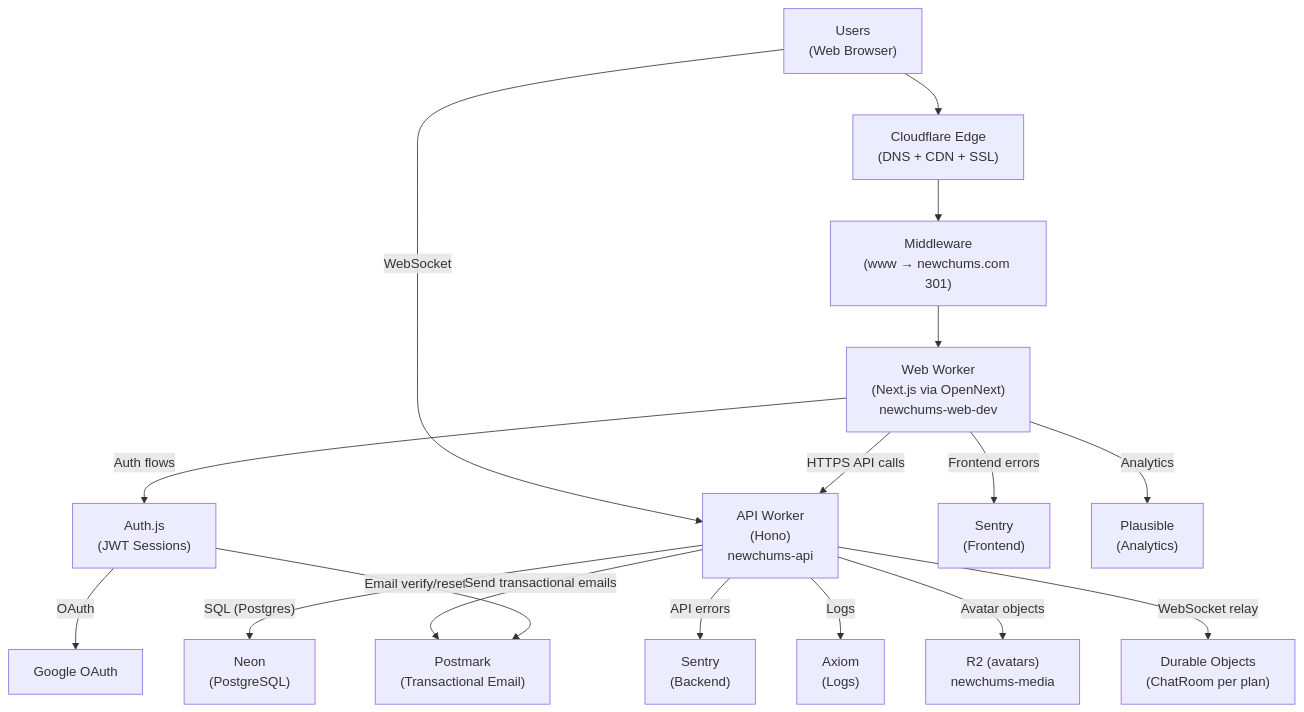
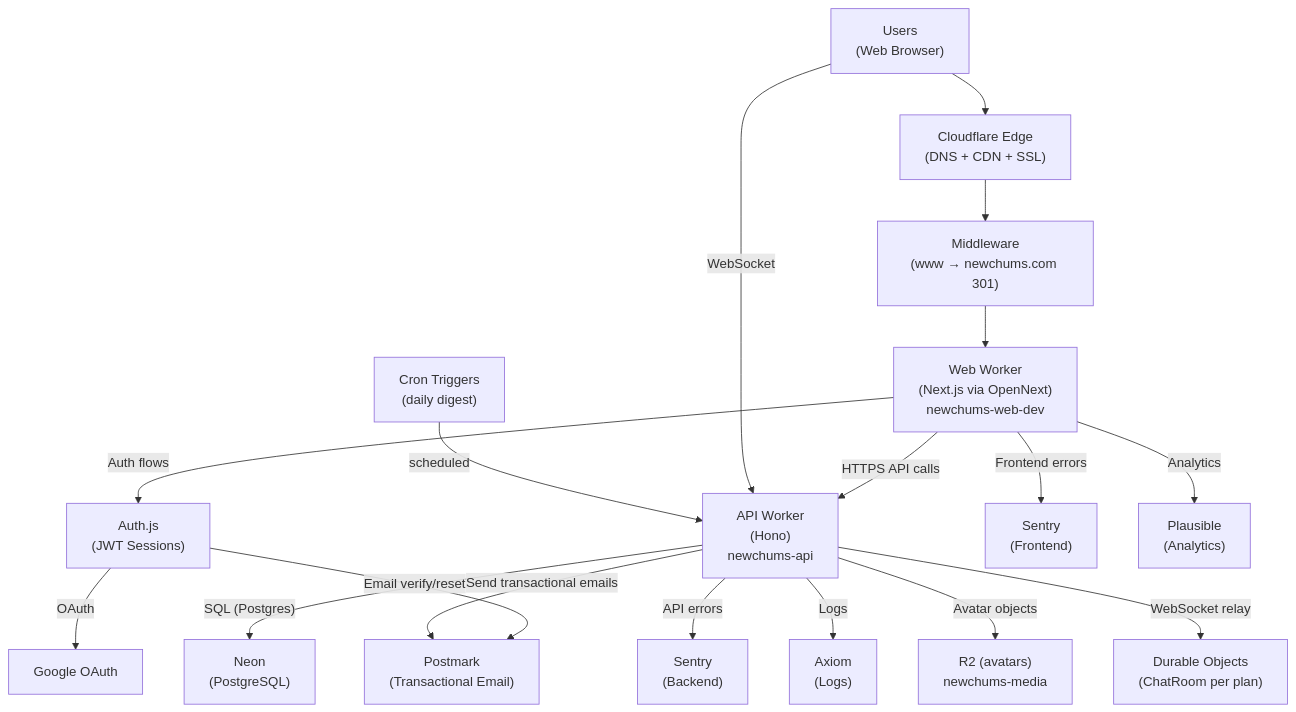
One commit to RSS705/newchums changed the first of 4 diagrams in docs/System_Map.md. Above: the diagram before and after it, drawn with Mermaid. The commit also changed other lines of this file and 19 other files, not shown here.

````diff
--- a/docs/System_Map.md
+++ b/docs/System_Map.md
@@ -27,23 +27,24 @@
 ```mermaid
 flowchart TB
   U["Users<br/>(Web Browser)"] --> CF["Cloudflare Edge<br/>(DNS + CDN + SSL)"]
   CF --> MW["Middleware<br/>(www → newchums.com 301)"]
   MW --> W["Web Worker<br/>(Next.js via OpenNext)<br/>newchums-web-dev"]
 
   W -->|"HTTPS API calls"| API["API Worker<br/>(Hono)<br/>newchums-api"]
   API -->|"SQL (Postgres)"| DB["Neon<br/>(PostgreSQL)"]
 
   W -->|"Auth flows"| AUTH["Auth.js<br/>(JWT Sessions)"]
   AUTH -->|"OAuth"| GOOGLE["Google OAuth"]
   AUTH -->|"Email verify/reset"| PM["Postmark<br/>(Transactional Email)"]
   API -->|"Send transactional emails"| PM
 
   W -->|"Frontend errors"| SENTRY_FE["Sentry<br/>(Frontend)"]
   API -->|"API errors"| SENTRY_BE["Sentry<br/>(Backend)"]
   API -->|"Logs"| AX["Axiom<br/>(Logs)"]
   W -->|"Analytics"| PLAUS["Plausible<br/>(Analytics)"]
 
   API -->|"Avatar objects"| R2["R2 (avatars)<br/>newchums-media"]
   API -->|"WebSocket relay"| DO["Durable Objects<br/>(ChatRoom per plan)"]
   U -->|"WebSocket"| API
+  CRON["Cron Triggers<br/>(daily digest)"] -->|"scheduled"| API
 ```
````
